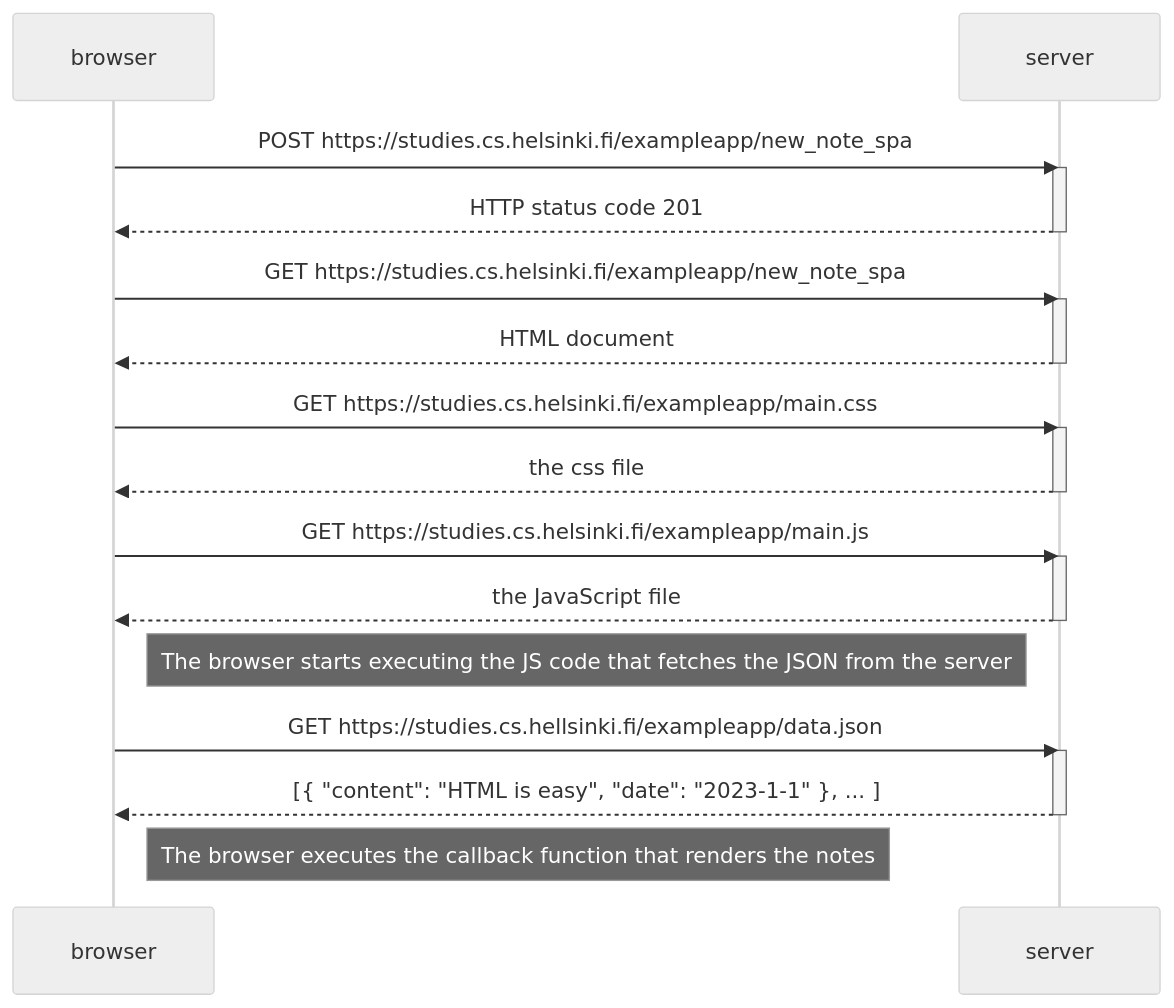
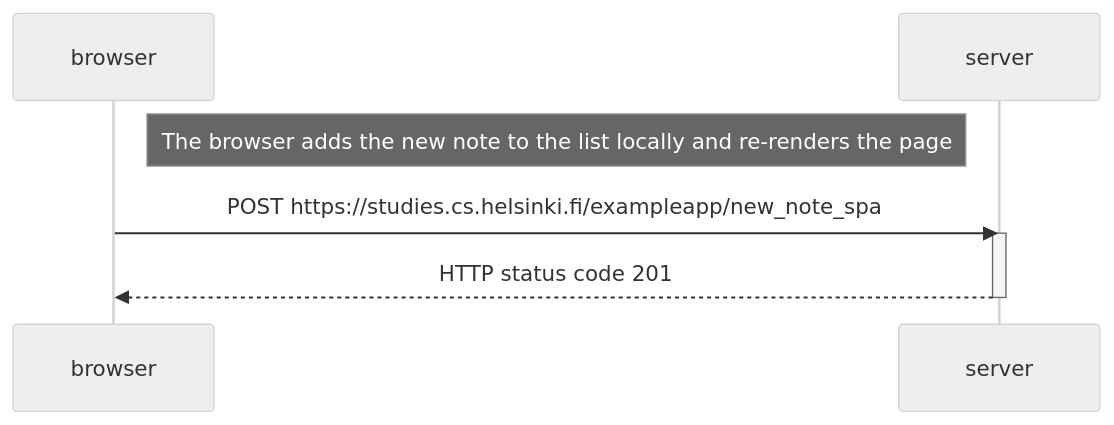
The diagram in part0/0.6_new_note_single_page_diagram.md (Kody971/Fullstack-Stack-Open), drawn with Mermaid (neutral theme) before and after one commit.

Commit message:
fix exercise 0.6

````diff
--- a/part0/0.6_new_note_single_page_diagram.md
+++ b/part0/0.6_new_note_single_page_diagram.md
@@ -1,34 +1,13 @@
 ```mermaid
 sequenceDiagram
     participant browser
     participant server
+
+    Note right of browser: The browser adds the new note to the list locally and re-renders the page
 
     browser->>server: POST https://studies.cs.helsinki.fi/exampleapp/new_note_spa
     activate server
     server-->>browser: HTTP status code 201
     deactivate server
 
-    browser->>server: GET https://studies.cs.helsinki.fi/exampleapp/new_note_spa
-    activate server
-    server-->>browser: HTML document
-    deactivate server
-
-    browser->>server: GET https://studies.cs.helsinki.fi/exampleapp/main.css
-    activate server
-    server-->>browser: the css file
-    deactivate server
-
-    browser->>server: GET https://studies.cs.helsinki.fi/exampleapp/main.js
-    activate server
-    server-->>browser: the JavaScript file
-    deactivate server
-
-    Note right of browser: The browser starts executing the JS code that fetches the JSON from the server
-
-    browser->>server: GET https://studies.cs.hellsinki.fi/exampleapp/data.json
-    activate server
-    server-->>browser: [{ "content": "HTML is easy", "date": "2023-1-1" }, ... ]
-    deactivate server
-
-    Note right of browser: The browser executes the callback function that renders the notes
 ```
````
